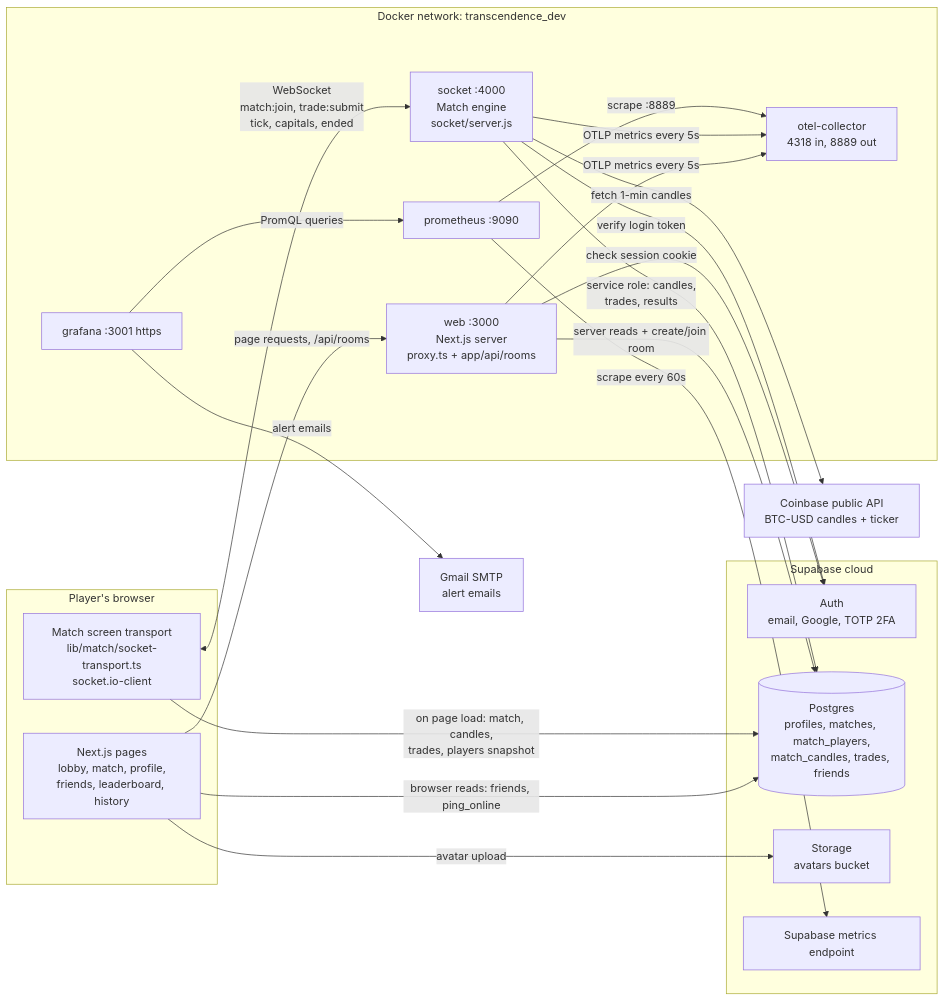
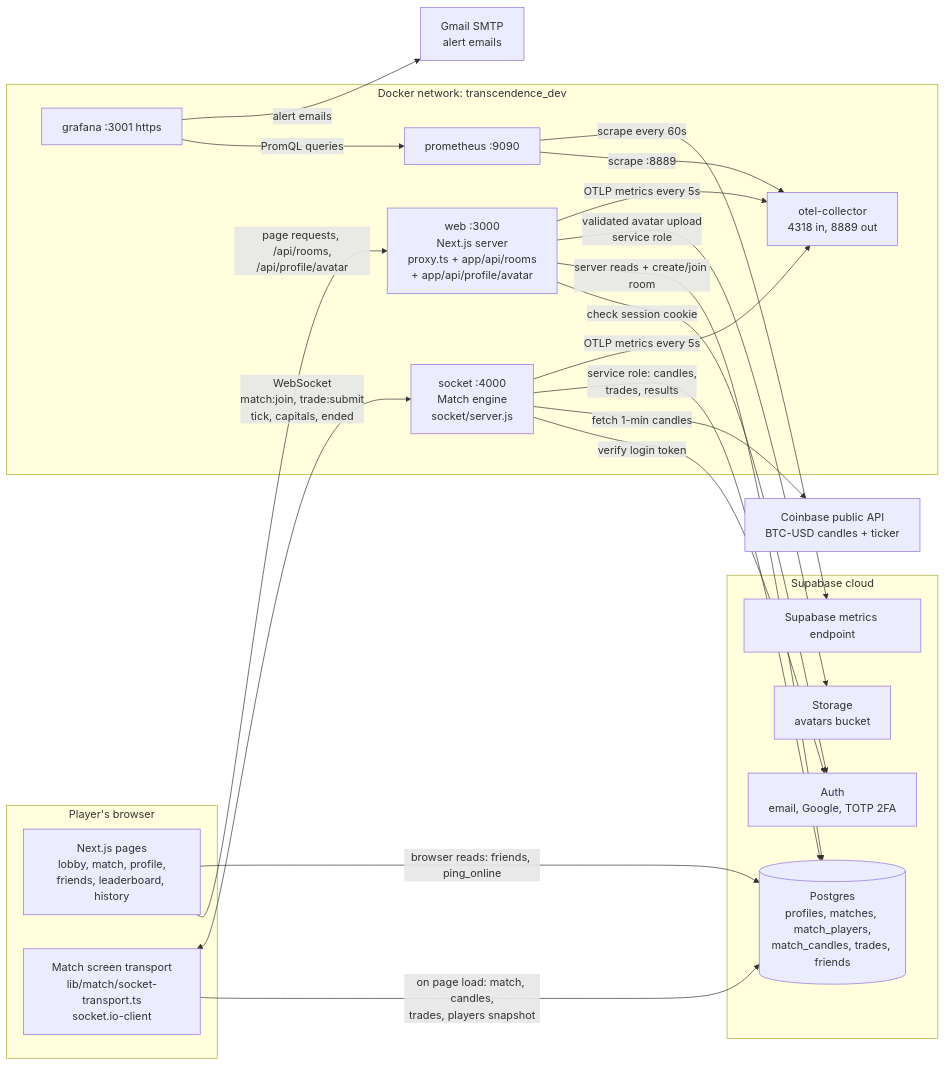
Before and after one commit to brianyeap/transcendence: the first of 3 diagrams in docs/architecture.md, drawn with Mermaid. The commit also changed other lines of this file, not shown here.

Commit message:
docs: route avatar uploads through /api/profile/avatar in architecture diagram

````diff
--- a/docs/architecture.md
+++ b/docs/architecture.md
@@ -11,42 +11,42 @@
 ```mermaid
 flowchart LR
   subgraph Browser["Player's browser"]
     UI["Next.js pages<br/>lobby, match, profile,<br/>friends, leaderboard, history"]
     ST["Match screen transport<br/>lib/match/socket-transport.ts<br/>socket.io-client"]
   end
 
   subgraph Docker["Docker network: transcendence_dev"]
-    WEB["web :3000<br/>Next.js server<br/>proxy.ts + app/api/rooms"]
+    WEB["web :3000<br/>Next.js server<br/>proxy.ts + app/api/rooms<br/>+ app/api/profile/avatar"]
     SOCK["socket :4000<br/>Match engine<br/>socket/server.js"]
     OTEL["otel-collector<br/>4318 in, 8889 out"]
     PROM["prometheus :9090"]
     GRAF["grafana :3001 https"]
   end
 
   subgraph Supabase["Supabase cloud"]
     AUTH["Auth<br/>email, Google, TOTP 2FA"]
     DB[("Postgres<br/>profiles, matches, match_players,<br/>match_candles, trades, friends")]
     STORE["Storage<br/>avatars bucket"]
     MET["Supabase metrics endpoint"]
   end
 
   CB["Coinbase public API<br/>BTC-USD candles + ticker"]
   MAIL["Gmail SMTP<br/>alert emails"]
 
-  UI -->|"page requests, /api/rooms"| WEB
+  UI -->|"page requests, /api/rooms,<br/>/api/profile/avatar"| WEB
   WEB -->|"check session cookie"| AUTH
   WEB -->|"server reads + create/join room"| DB
   UI -->|"browser reads: friends, ping_online"| DB
-  UI -->|"avatar upload"| STORE
+  WEB -->|"validated avatar upload<br/>service role"| STORE
   ST -->|"on page load: match, candles,<br/>trades, players snapshot"| DB
   ST <-->|"WebSocket<br/>match:join, trade:submit<br/>tick, capitals, ended"| SOCK
   SOCK -->|"verify login token"| AUTH
   SOCK -->|"fetch 1-min candles"| CB
   SOCK -->|"service role: candles,<br/>trades, results"| DB
   WEB -->|"OTLP metrics every 5s"| OTEL
   SOCK -->|"OTLP metrics every 5s"| OTEL
   PROM -->|"scrape :8889"| OTEL
   PROM -->|"scrape every 60s"| MET
   GRAF -->|"PromQL queries"| PROM
   GRAF -->|"alert emails"| MAIL
 ```
````
